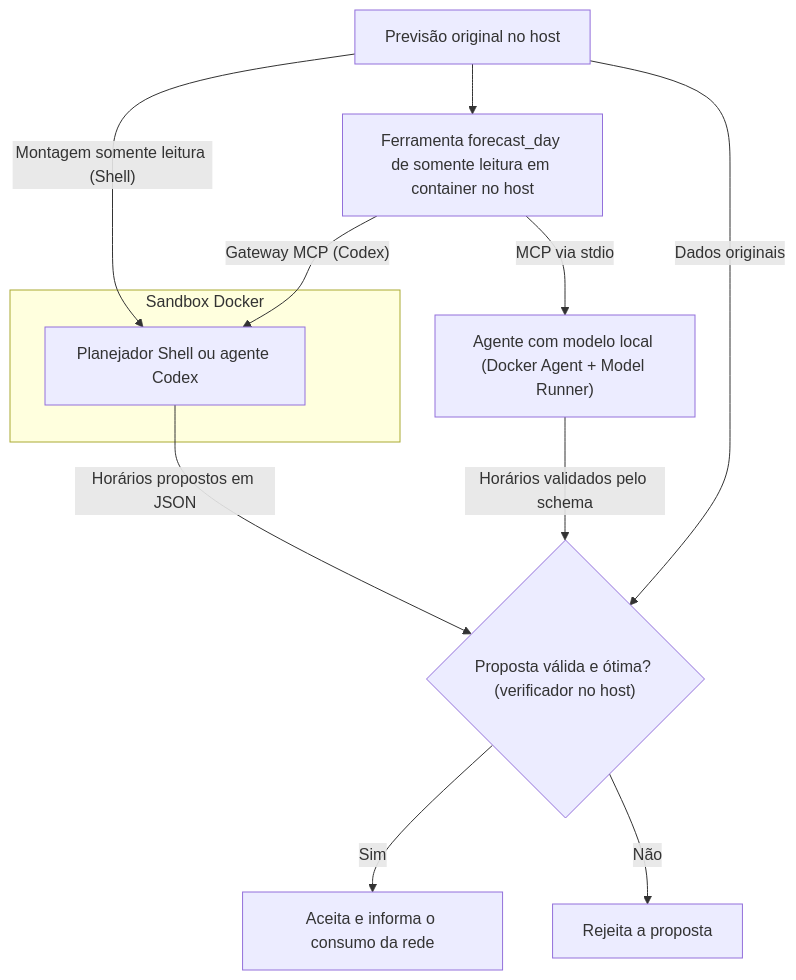
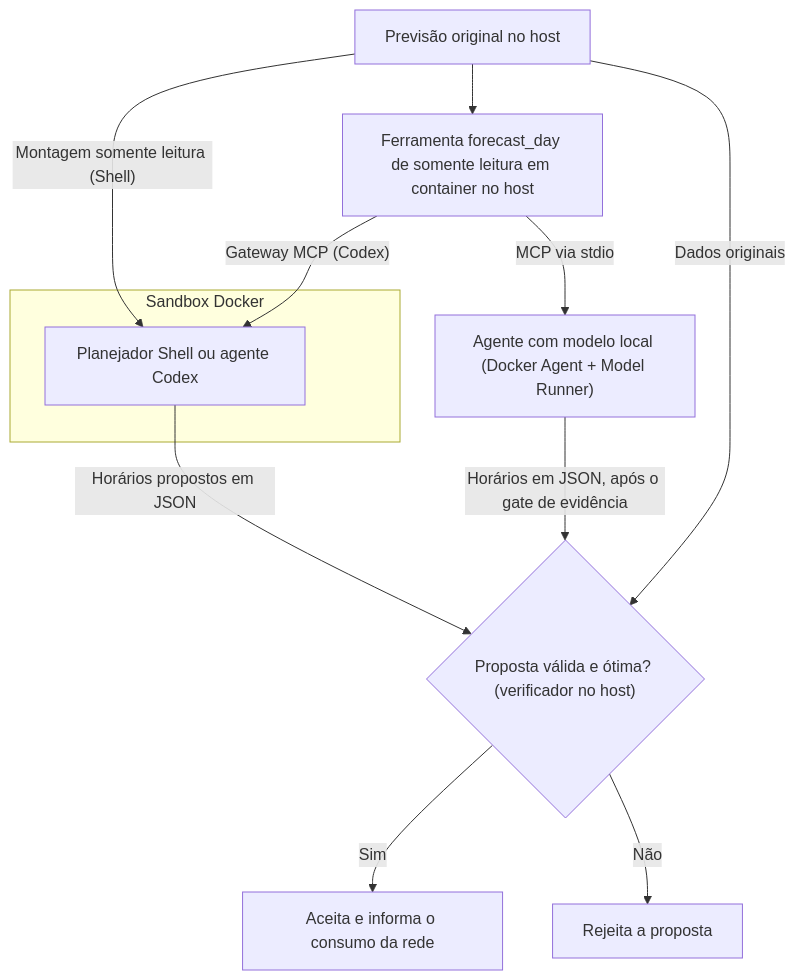
The diagram in README.pt-BR.md (brunovicco/ai-agents-on-docker-lab), drawn with Mermaid before and after one commit. The commit also changed 7 other files, not shown here.

First line of the commit message:
Ask the local model for a plain JSON answer and gate it from the transcript

````diff
--- a/README.pt-BR.md
+++ b/README.pt-BR.md
@@ -31,16 +31,16 @@
 ```mermaid
 flowchart TB
     Forecast["Previsão original no host"]
     subgraph Sandbox["Sandbox Docker"]
         Planner["Planejador Shell ou agente Codex"]
     end
     Forecast -->|"Montagem somente leitura (Shell)"| Planner
     Forecast --> MCP["Ferramenta forecast_day de somente leitura em container no host"]
     MCP -->|"Gateway MCP (Codex)"| Planner
     MCP -->|"MCP via stdio"| Local["Agente com modelo local (Docker Agent + Model Runner)"]
     Planner -->|"Horários propostos em JSON"| Verify{"Proposta válida e ótima? (verificador no host)"}
-    Local -->|"Horários validados pelo schema"| Verify
+    Local -->|"Horários em JSON, após o gate de evidência"| Verify
     Forecast -->|"Dados originais"| Verify
     Verify -->|"Sim"| Accept["Aceita e informa o consumo da rede"]
     Verify -->|"Não"| Reject["Rejeita a proposta"]
 ```
````
